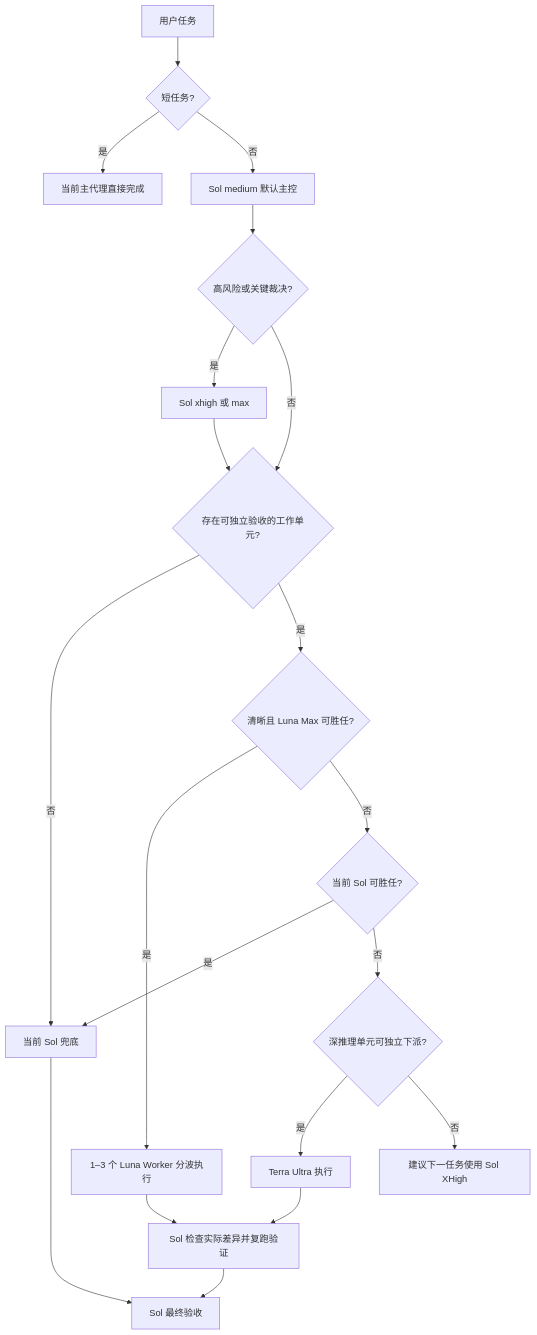
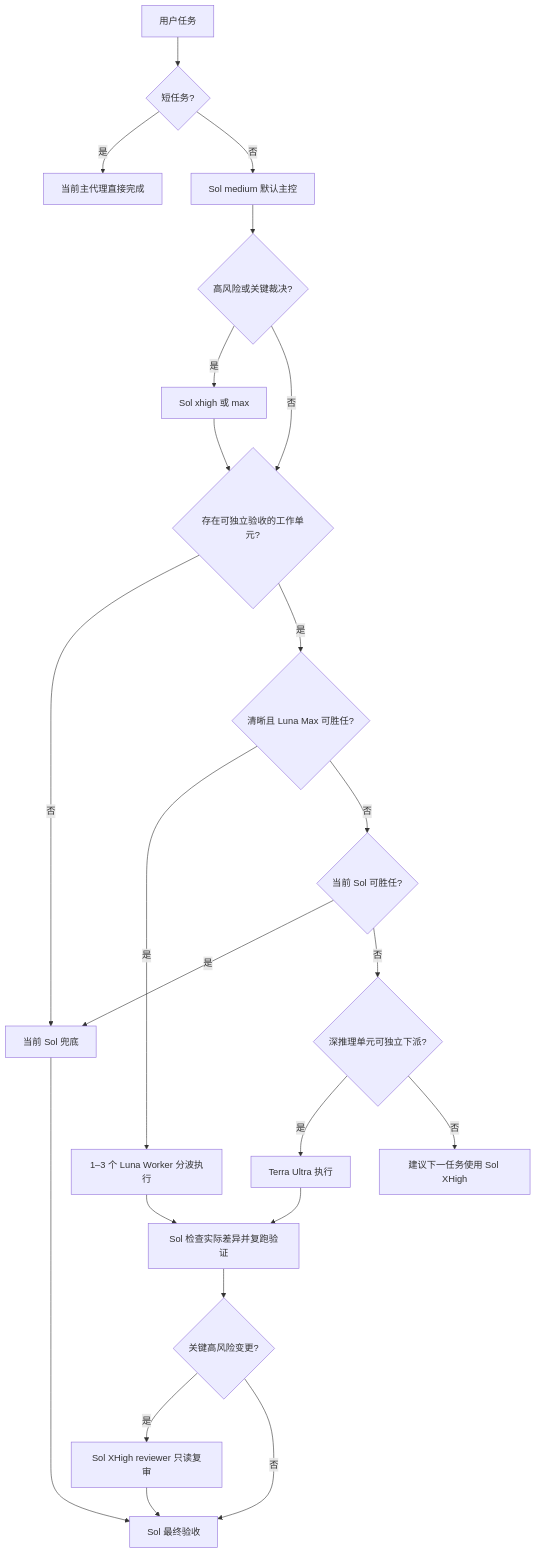
One commit to 9holy/codex-quality-orchestrator changed the diagram in docs/OPERATING_GUIDE.md. Above: the diagram before and after it, drawn with Mermaid. The commit also changed other lines of this file and 17 other files, not shown here.

````diff
--- a/docs/OPERATING_GUIDE.md
+++ b/docs/OPERATING_GUIDE.md
@@ -23,22 +23,25 @@
 ```mermaid
 flowchart TD
     A[用户任务] --> B{短任务?}
     B -->|是| C[当前主代理直接完成]
     B -->|否| D[Sol medium 默认主控]
     D --> E{高风险或关键裁决?}
     E -->|是| F[Sol xhigh 或 max]
     E -->|否| I{存在可独立验收的工作单元?}
     F --> I
     I -->|否| H[当前 Sol 兜底]
     I -->|是| G{清晰且 Luna Max 可胜任?}
     G -->|是| J[1–3 个 Luna Worker 分波执行]
     G -->|否| O{当前 Sol 可胜任?}
     O -->|是| H
     O -->|否| P{深推理单元可独立下派?}
     P -->|是| Q[Terra Ultra 执行]
     P -->|否| R[建议下一任务使用 Sol XHigh]
     Q --> K
     J --> K[Sol 检查实际差异并复跑验证]
-    K --> N[Sol 最终验收]
+    K --> S{关键高风险变更?}
+    S -->|是| T[Sol XHigh reviewer 只读复审]
+    S -->|否| N[Sol 最终验收]
+    T --> N
     H --> N
 ```
````
